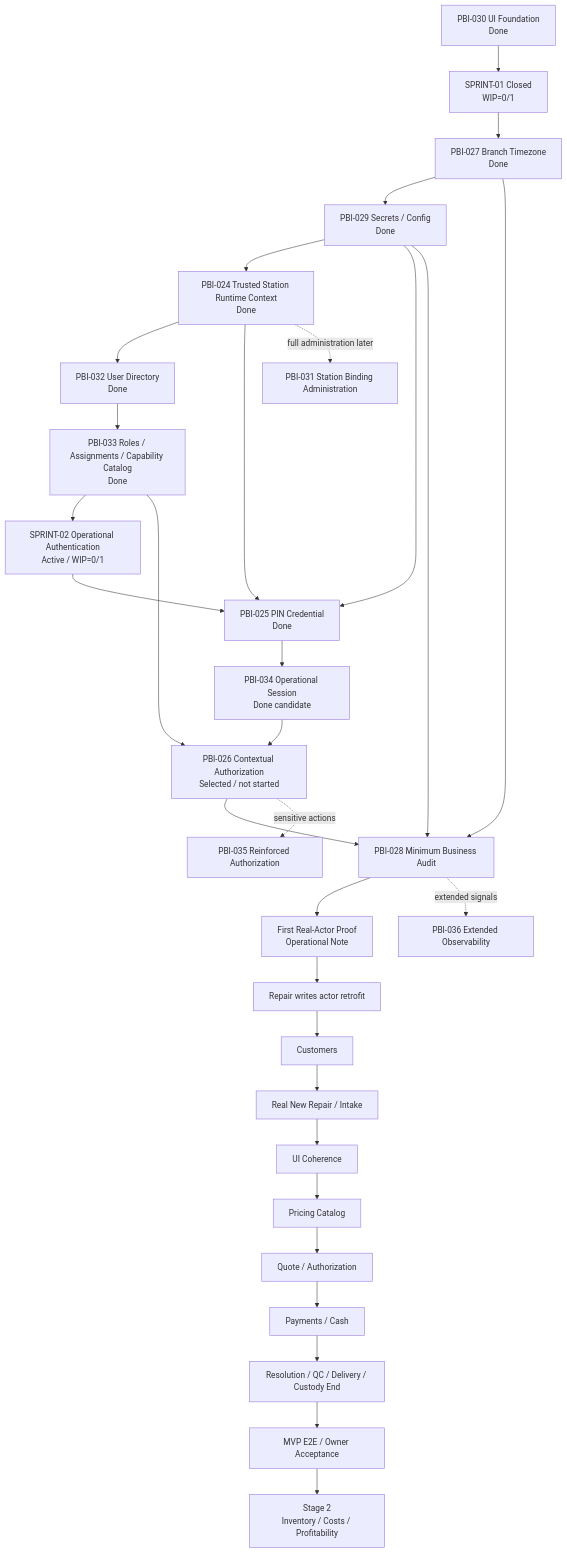
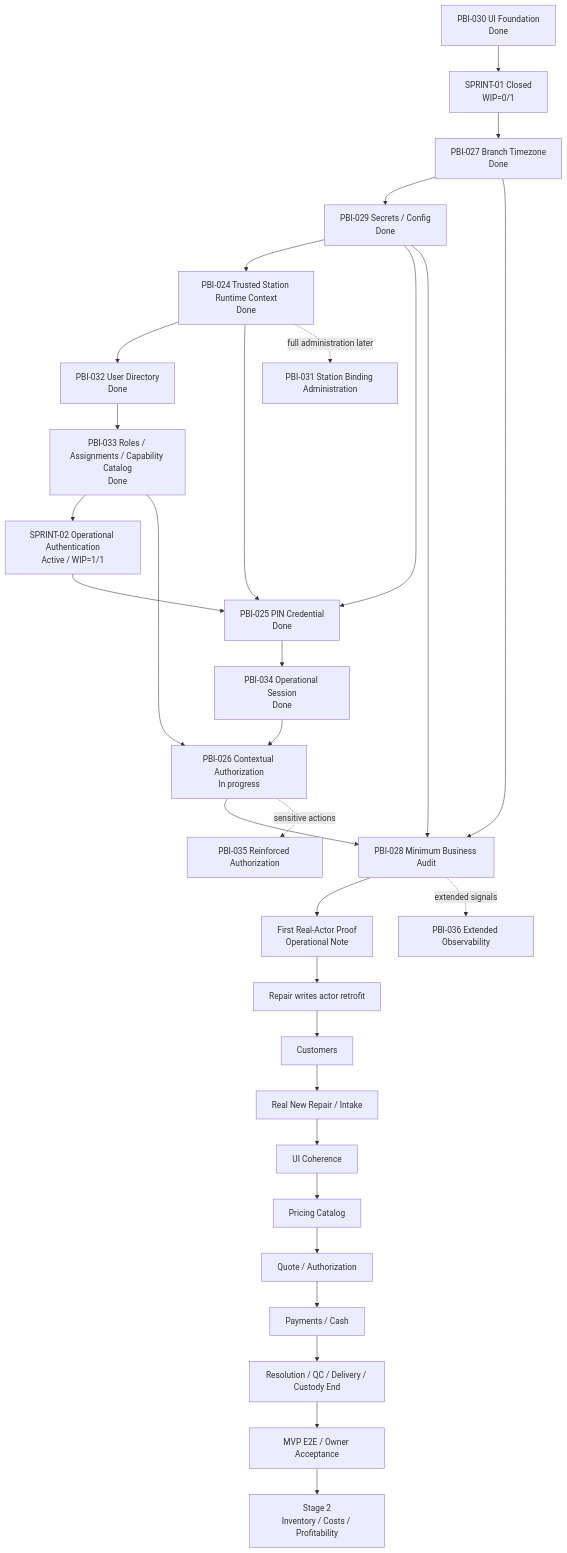
The diagram in docs/backlog/DEPENDENCY_MAP.md (luisgtzaviles/SrTaller-2.0), drawn with Mermaid before and after one commit. The commit also changed other lines of this file and 25 other files, not shown here.

Commit message:
docs: record pbi-026 integration candidate

````diff
--- a/docs/backlog/DEPENDENCY_MAP.md
+++ b/docs/backlog/DEPENDENCY_MAP.md
@@ -13,33 +13,33 @@
 ```mermaid
 flowchart TD
     P30[PBI-030 UI Foundation<br/>Done] --> S1[SPRINT-01 Closed<br/>WIP=0/1]
     S1 --> P27[PBI-027 Branch Timezone<br/>Done]
     P27 --> P29[PBI-029 Secrets / Config<br/>Done]
     P29 --> P24[PBI-024 Trusted Station Runtime Context<br/>Done]
     P24 --> P32[PBI-032 User Directory<br/>Done]
     P32 --> P33[PBI-033 Roles / Assignments / Capability Catalog<br/>Done]
-    P33 --> S2[SPRINT-02 Operational Authentication<br/>Active / WIP=0/1]
+    P33 --> S2[SPRINT-02 Operational Authentication<br/>Active / WIP=1/1]
     S2 --> P25[PBI-025 PIN Credential<br/>Done]
     P24 --> P25
     P29 --> P25
-    P25 --> P34[PBI-034 Operational Session<br/>Done candidate]
-    P34 --> P26[PBI-026 Contextual Authorization<br/>Selected / not started]
+    P25 --> P34[PBI-034 Operational Session<br/>Done]
+    P34 --> P26[PBI-026 Contextual Authorization<br/>In progress]
     P33 --> P26
     P26 --> P28[PBI-028 Minimum Business Audit]
     P27 --> P28
     P29 --> P28
     P28 --> NOTE[First Real-Actor Proof<br/>Operational Note]
     NOTE --> RETRO[Repair writes actor retrofit]
     RETRO --> CUSTOMERS[Customers]
     CUSTOMERS --> INTAKE[Real New Repair / Intake]
     INTAKE --> POLISH[UI Coherence]
     POLISH --> PRICING[Pricing Catalog]
     PRICING --> QUOTE[Quote / Authorization]
     QUOTE --> MONEY[Payments / Cash]
     MONEY --> DELIVERY[Resolution / QC / Delivery / Custody End]
     DELIVERY --> MVP[MVP E2E / Owner Acceptance]
     P24 -. full administration later .-> P31[PBI-031 Station Binding Administration]
     P26 -. sensitive actions .-> P35[PBI-035 Reinforced Authorization]
     P28 -. extended signals .-> P36[PBI-036 Extended Observability]
     MVP --> STAGE2[Stage 2<br/>Inventory / Costs / Profitability]
 ```
````
